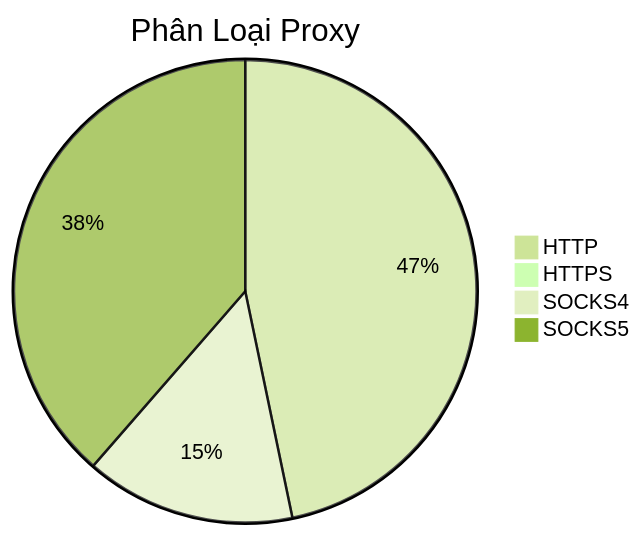
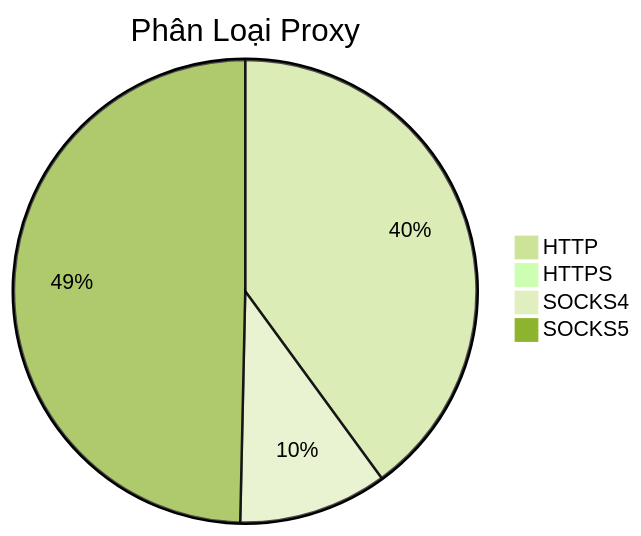
One commit to Ciara-Aa/PROXY-free changed the diagram in README.md. Above: the diagram before and after it, drawn with Mermaid (forest theme). The commit also changed other lines of this file and 4 other files, not shown here.

````diff
--- a/README.md
+++ b/README.md
@@ -26,7 +26,7 @@
 ```mermaid
 pie title Phân Loại Proxy
-    "HTTP" : 293
-    "HTTPS" : 3
-    "SOCKS4" : 92
-    "SOCKS5" : 242
+    "HTTP" : 231
+    "HTTPS" : 4
+    "SOCKS4" : 60
+    "SOCKS5" : 287
 ```
````
